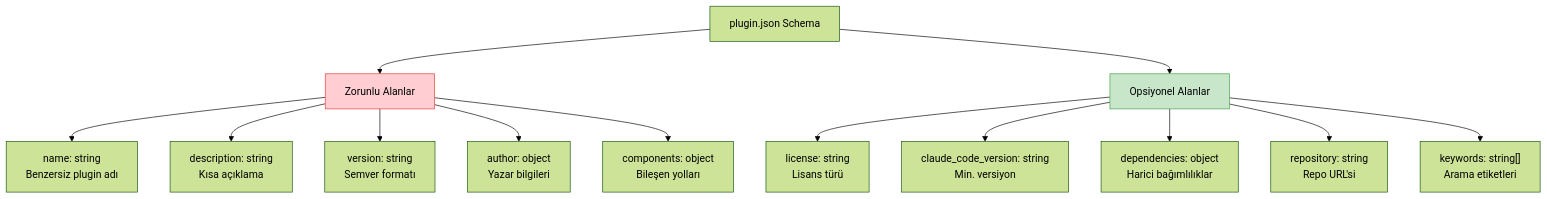
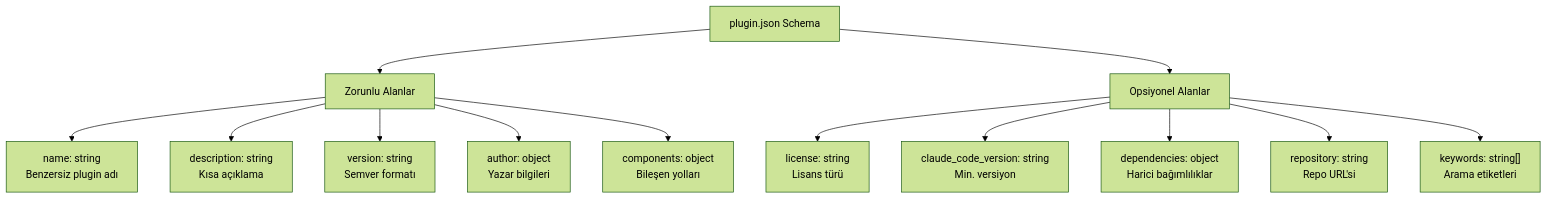
One commit to IzzetYasinAtes/ClaudeCodeHandbook changed the fourth of 8 diagrams in 12-skills-ve-pluginler/05-plugin-olusturma-ve-dagitim.md. Above: the diagram before and after it, drawn with Mermaid (forest theme). The commit also changed other lines of this file and 97 other files, not shown here.

Commit message:
Remove all custom Mermaid style/fill colors from 98 markdown files for consistent dark theme rendering

````diff
--- a/12-skills-ve-pluginler/05-plugin-olusturma-ve-dagitim.md
+++ b/12-skills-ve-pluginler/05-plugin-olusturma-ve-dagitim.md
@@ -183,20 +178,18 @@
 ```mermaid
 flowchart TD
     SCHEMA["plugin.json Schema"] --> REQUIRED["Zorunlu Alanlar"]
     SCHEMA --> OPTIONAL["Opsiyonel Alanlar"]
 
     REQUIRED --> R1["name: string<br/>Benzersiz plugin adı"]
     REQUIRED --> R2["description: string<br/>Kısa açıklama"]
     REQUIRED --> R3["version: string<br/>Semver formatı"]
     REQUIRED --> R4["author: object<br/>Yazar bilgileri"]
     REQUIRED --> R5["components: object<br/>Bileşen yolları"]
 
     OPTIONAL --> O1["license: string<br/>Lisans türü"]
     OPTIONAL --> O2["claude_code_version: string<br/>Min. versiyon"]
     OPTIONAL --> O3["dependencies: object<br/>Harici bağımlılıklar"]
     OPTIONAL --> O4["repository: string<br/>Repo URL'si"]
     OPTIONAL --> O5["keywords: string[]<br/>Arama etiketleri"]
 
-    style REQUIRED fill:#ffcdd2,stroke:#e53935
-    style OPTIONAL fill:#c8e6c9,stroke:#43a047
 ```
````
